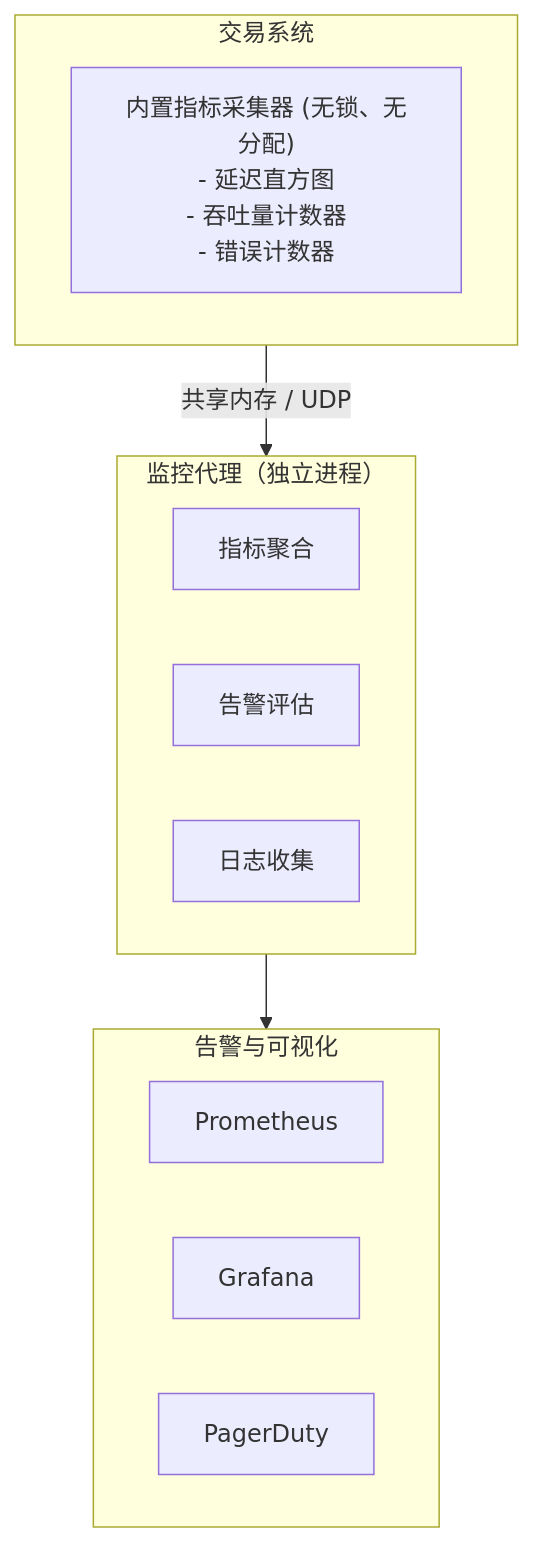
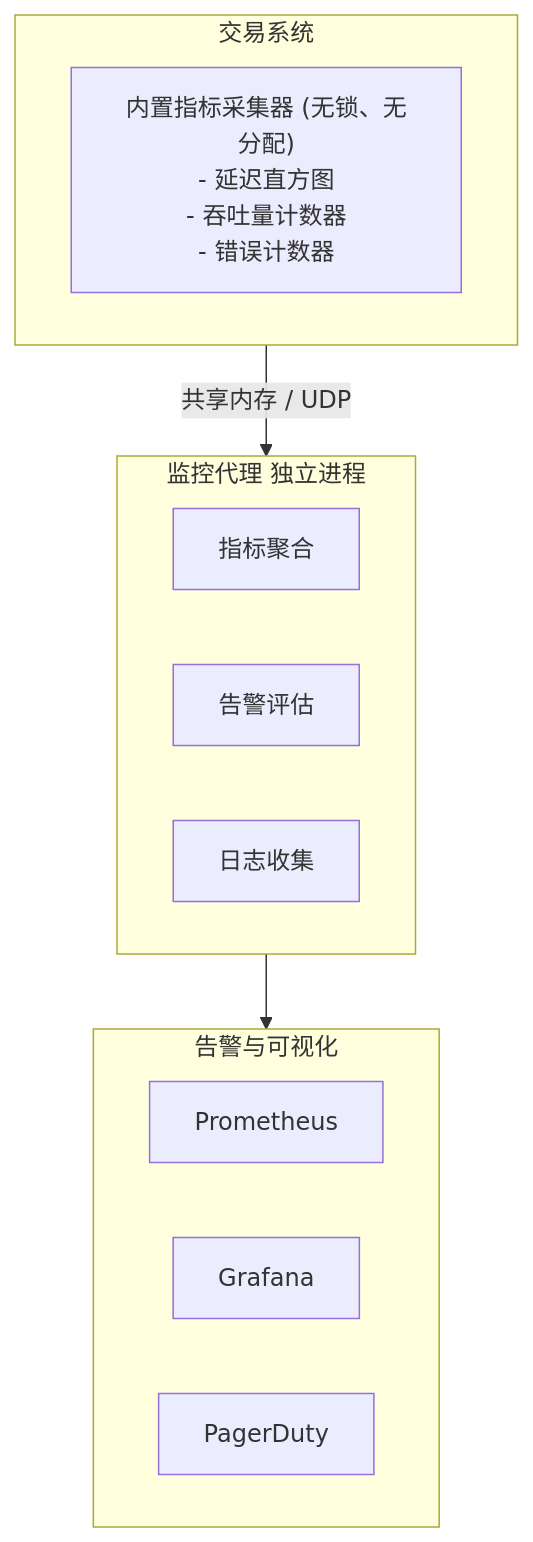
The sixth of 6 diagrams in content/articles/hft/hft-37-HFT面试题-系统架构.md (jpixy/jpixy.github.io), drawn with Mermaid before and after one commit. The commit also changed 66 other files, not shown here.

Commit message:
fix: resolve Mermaid syntax errors by removing parentheses in node labels

````diff
--- a/content/articles/hft/hft-37-HFT面试题-系统架构.md
+++ b/content/articles/hft/hft-37-HFT面试题-系统架构.md
@@ -886,18 +886,18 @@
 ```mermaid
 graph TB
     subgraph TS["交易系统"]
         MC["内置指标采集器 (无锁、无分配)<br/>- 延迟直方图<br/>- 吞吐量计数器<br/>- 错误计数器"]
     end
     TS -->|共享内存 / UDP| MA
-    subgraph MA["监控代理（独立进程）"]
+    subgraph MA["监控代理 独立进程"]
         AG[指标聚合]
         AE[告警评估]
         LC[日志收集]
     end
     MA --> VIS
     subgraph VIS["告警与可视化"]
         PR[Prometheus]
         GR[Grafana]
         PD[PagerDuty]
     end
 ```
````
